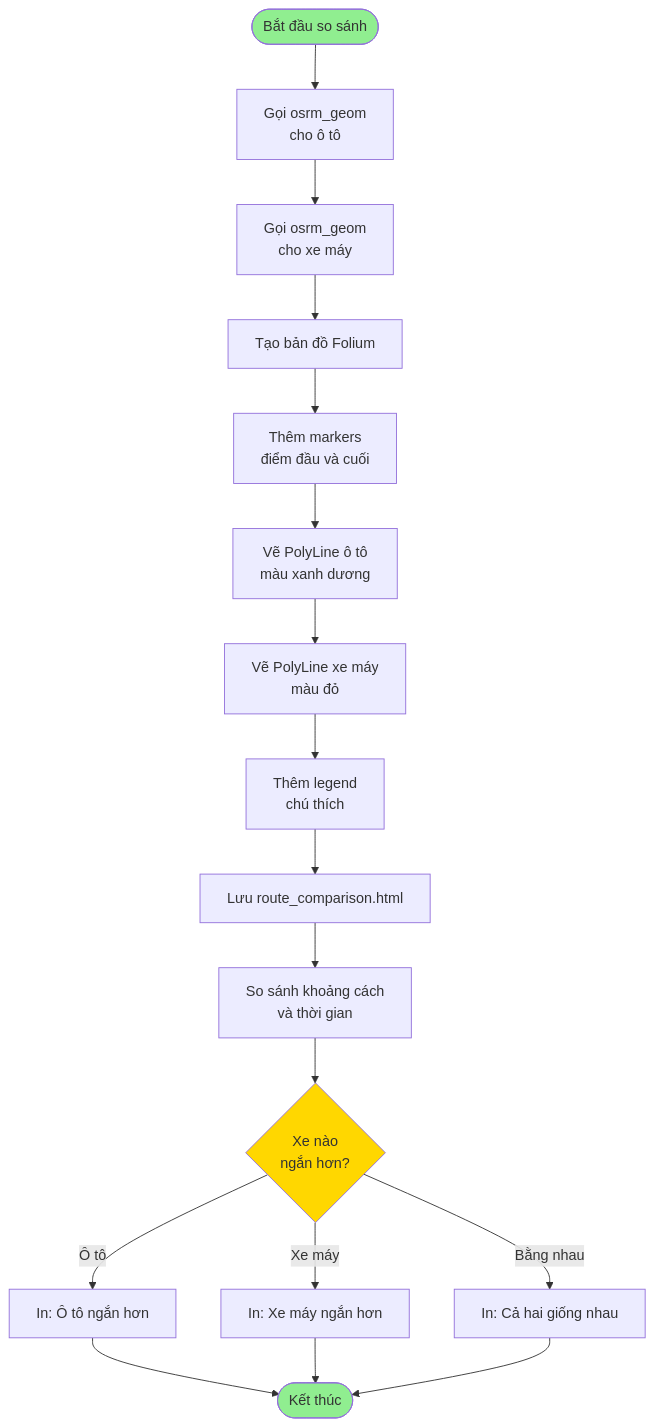
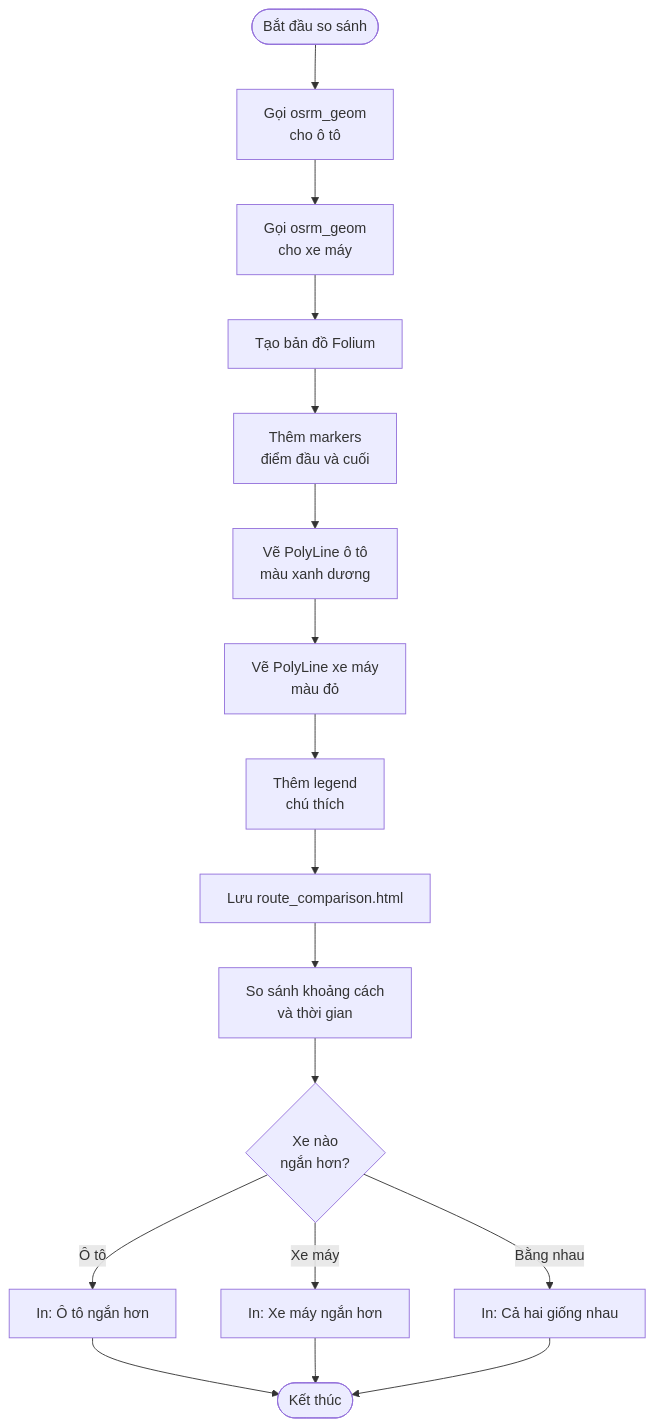
The sixth of 8 diagrams in flowchart_test.md (vothuctri/----n), drawn with Mermaid before and after one commit. The commit also changed other lines of this file and 10 other files, not shown here.

````diff
--- a/flowchart_test.md
+++ b/flowchart_test.md
@@ -121,23 +99,19 @@
 ```mermaid
 flowchart TD
     A([Bắt đầu so sánh]) --> B[Gọi osrm_geom<br/>cho ô tô]
     B --> C[Gọi osrm_geom<br/>cho xe máy]
     C --> D[Tạo bản đồ Folium]
     D --> E[Thêm markers<br/>điểm đầu và cuối]
     E --> F[Vẽ PolyLine ô tô<br/>màu xanh dương]
     F --> G[Vẽ PolyLine xe máy<br/>màu đỏ]
     G --> H[Thêm legend<br/>chú thích]
     H --> I[Lưu route_comparison.html]
     I --> J[So sánh khoảng cách<br/>và thời gian]
     J --> K{Xe nào<br/>ngắn hơn?}
     K -->|Ô tô| L[In: Ô tô ngắn hơn]
     K -->|Xe máy| M[In: Xe máy ngắn hơn]
     K -->|Bằng nhau| N[In: Cả hai giống nhau]
     L --> O([Kết thúc])
     M --> O
     N --> O
-    
-    style A fill:#90EE90
-    style O fill:#90EE90
-    style K fill:#FFD700
 ```
````
